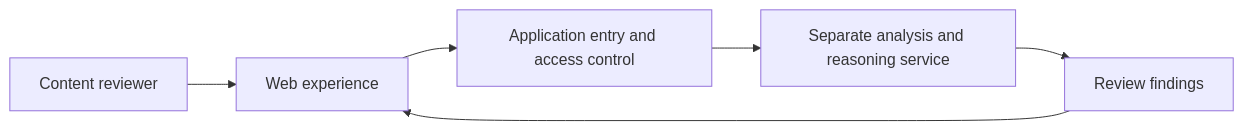
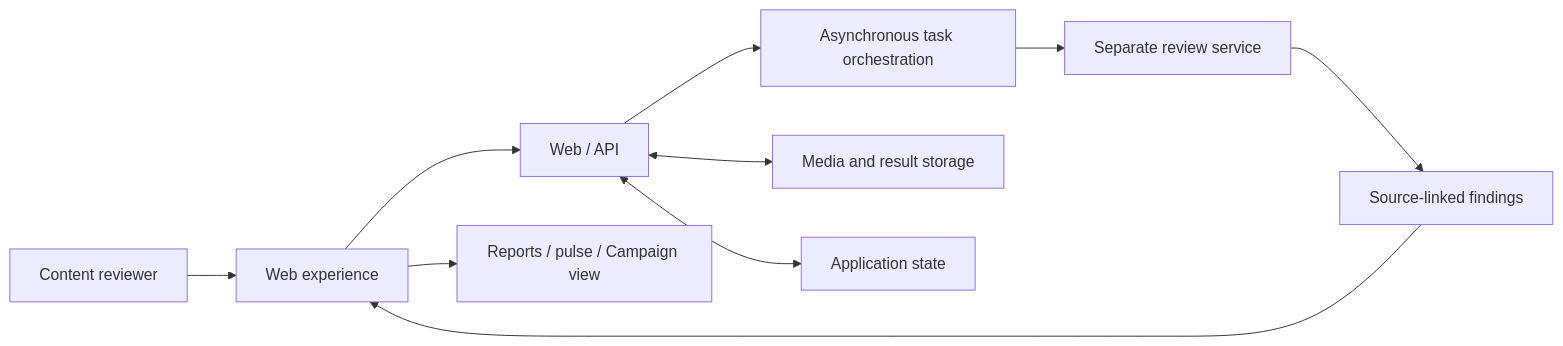
The diagram in docs/architecture.md (xiaojiu1414/creative-pulse), drawn with Mermaid before and after one commit. The commit also changed other lines of this file and 9 other files, not shown here.

````diff
--- a/docs/architecture.md
+++ b/docs/architecture.md
@@ -3,8 +7,12 @@
 ```mermaid
 flowchart LR
   U[Content reviewer] --> W[Web experience]
-  W --> A[Application entry and access control]
-  A --> B[Separate analysis and reasoning service]
-  B --> R[Review findings]
+  W --> A[Web / API]
+  A --> O[Asynchronous task orchestration]
+  O --> B[Separate review service]
+  B --> R[Source-linked findings]
   R --> W
+  W --> V[Reports / pulse / Campaign view]
+  A <--> S[Media and result storage]
+  A <--> D[Application state]
 ```
````
